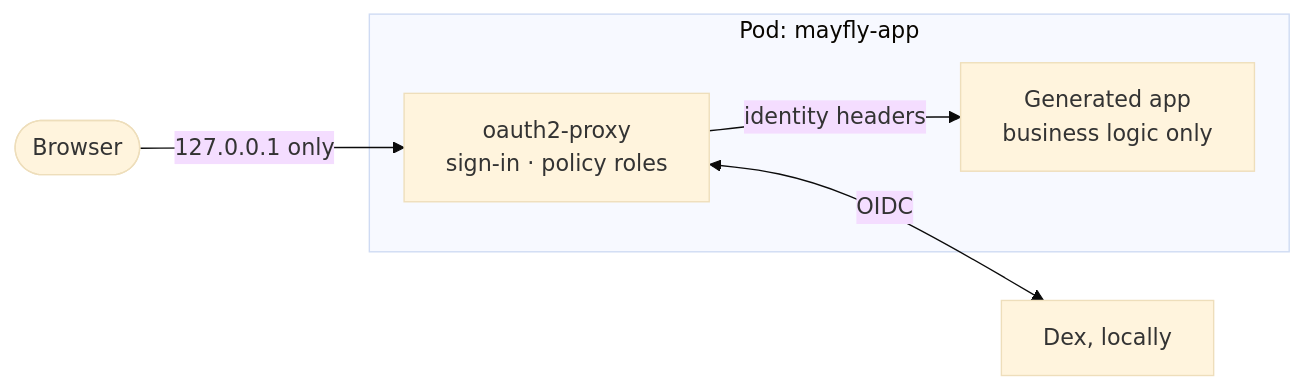
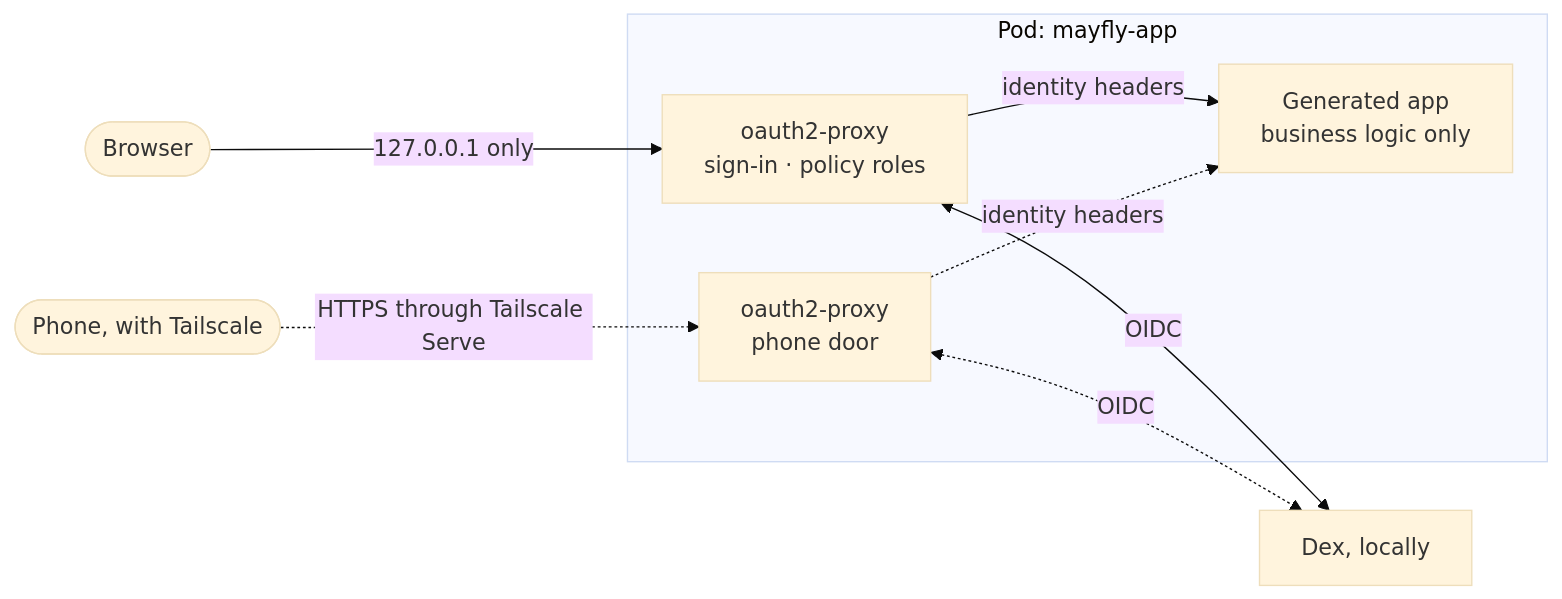
The fourth of 4 diagrams in README.md (JGalego/mayfly), drawn with Mermaid (base theme) before and after one commit. The commit also changed other lines of this file and 2 other files, not shown here.

Commit message:
docs: how to open apps from your phone, what it publishes, and the phone door in the pod

````diff
--- a/README.md
+++ b/README.md
@@ -150,8 +159,11 @@
 ```mermaid
 flowchart LR
   browser(["Browser"]) -->|"127.0.0.1 only"| proxy
+  phone(["Phone, with Tailscale"]) -.->|"HTTPS through Tailscale Serve"| door
   subgraph pod["Pod: mayfly-app"]
     proxy["oauth2-proxy<br/>sign-in · policy roles"] -->|"identity headers"| app["Generated app<br/>business logic only"]
+    door["oauth2-proxy<br/>phone door"] -.->|"identity headers"| app
   end
   proxy <-->|"OIDC"| idp["Dex, locally"]
+  door <-.->|"OIDC"| idp
 ```
````
